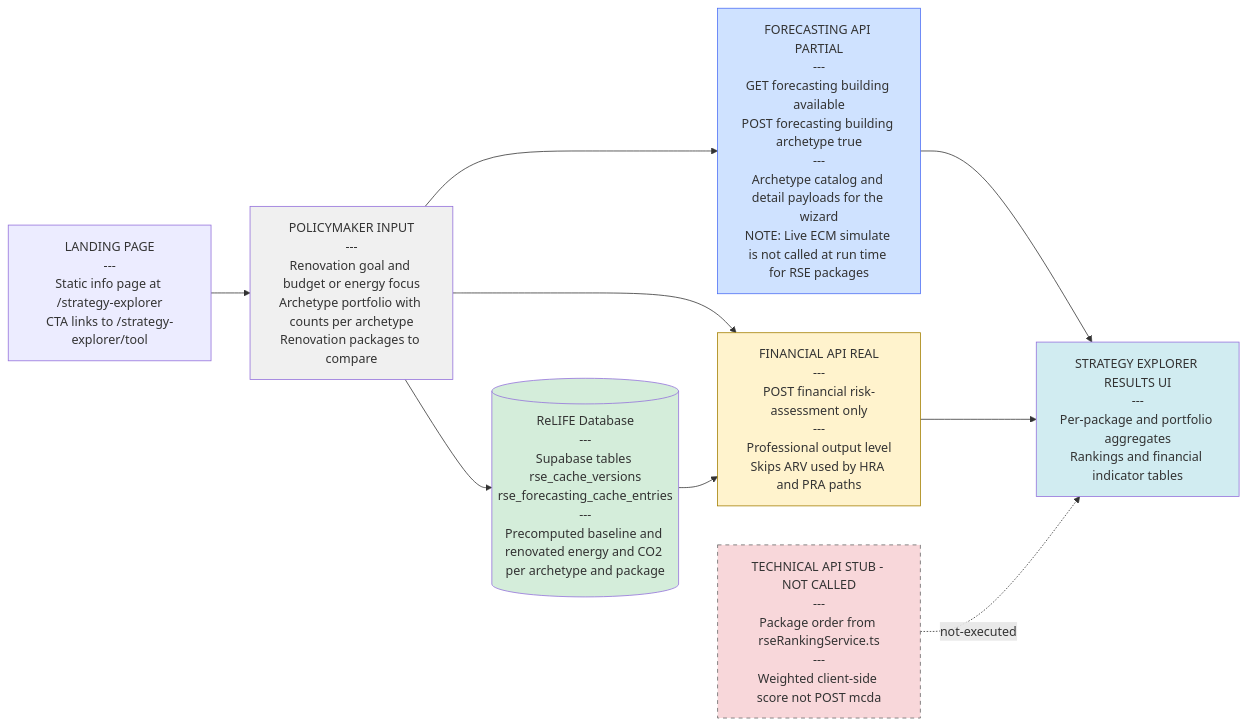
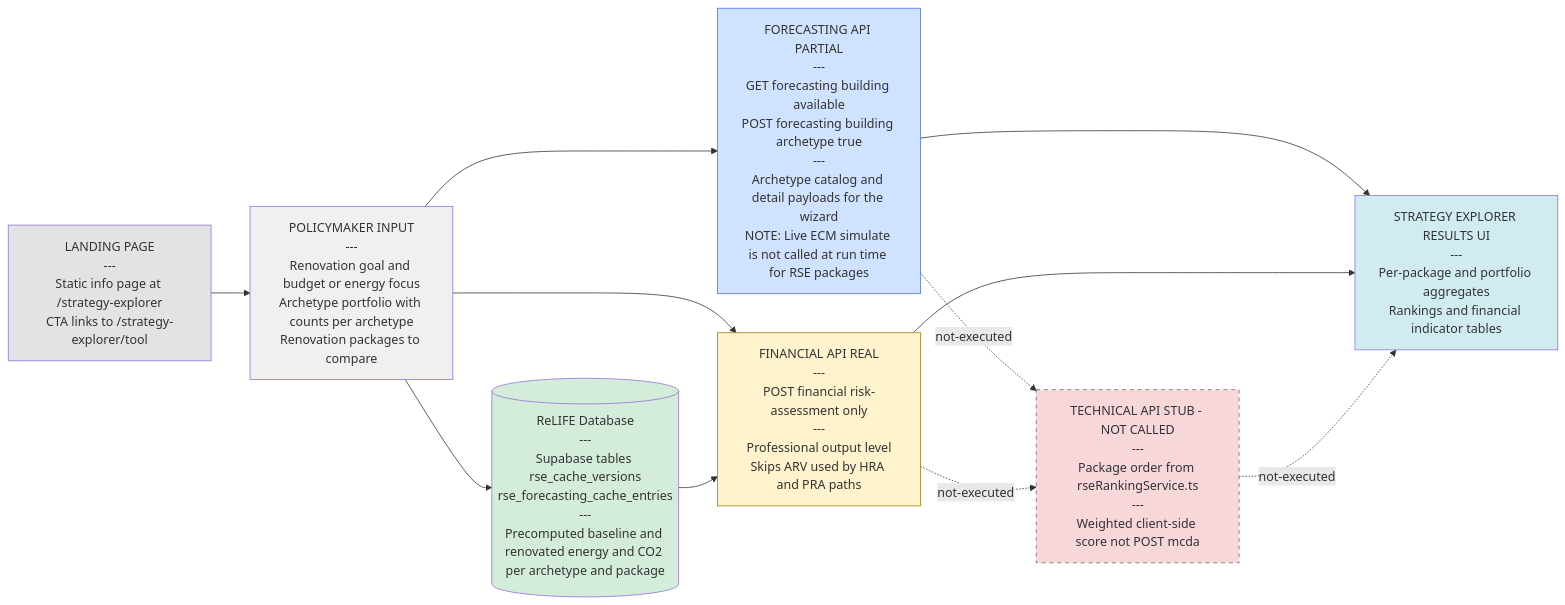
One commit to ReLIFE-Project-EU/relife-web-ui changed the sixth of 6 diagrams in README.md. Above: the diagram before and after it, drawn with Mermaid. The commit also changed other lines of this file, not shown here.

Commit message:
📝 Update renovation architecture docs

````diff
--- a/README.md
+++ b/README.md
@@ -232,31 +234,34 @@
 ```mermaid
 flowchart LR
     PolicyInput["POLICYMAKER INPUT<br/>---<br/>Renovation goal and budget or energy focus<br/>Archetype portfolio with counts per archetype<br/>Renovation packages to compare"]
     LandingPage["LANDING PAGE<br/>---<br/>Static info page at /strategy-explorer<br/>CTA links to /strategy-explorer/tool"]
 
     DB[("ReLIFE Database<br/>---<br/>Supabase tables rse_cache_versions<br/>rse_forecasting_cache_entries<br/>---<br/>Precomputed baseline and renovated energy and CO2 per archetype and package")]
 
     Forecasting["FORECASTING API PARTIAL<br/>---<br/>GET forecasting building available<br/>POST forecasting building archetype true<br/>---<br/>Archetype catalog and detail payloads for the wizard<br/>NOTE: Live ECM simulate is not called at run time for RSE packages"]
 
     Financial["FINANCIAL API REAL<br/>---<br/>POST financial risk-assessment only<br/>---<br/>Professional output level<br/>Skips ARV used by HRA and PRA paths"]
 
     Technical["TECHNICAL API STUB - NOT CALLED<br/>---<br/>Package order from rseRankingService.ts<br/>---<br/>Weighted client-side score not POST mcda"]
 
     PolicyUI["STRATEGY EXPLORER RESULTS UI<br/>---<br/>Per-package and portfolio aggregates<br/>Rankings and financial indicator tables"]
 
     LandingPage --> PolicyInput
     PolicyInput --> Forecasting
     PolicyInput --> DB
     PolicyInput --> Financial
     DB --> Financial
+    Forecasting -. not-executed .-> Technical
+    Financial -. not-executed .-> Technical
     Forecasting --> PolicyUI
     Financial --> PolicyUI
     Technical -. not-executed .-> PolicyUI
 
+    style LandingPage fill:#e2e3e5
     style PolicyInput fill:#f0f0f0
     style DB fill:#d4edda
     style Forecasting fill:#cfe2ff,stroke:#4c6ef5
     style Financial fill:#fff3cd,stroke:#a37f00
     style Technical fill:#f8d7da,stroke:#666,stroke-dasharray: 5 5
     style PolicyUI fill:#d1ecf1
 ```
````
